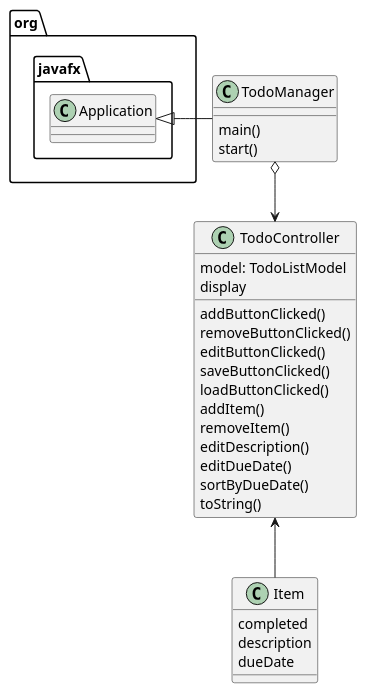
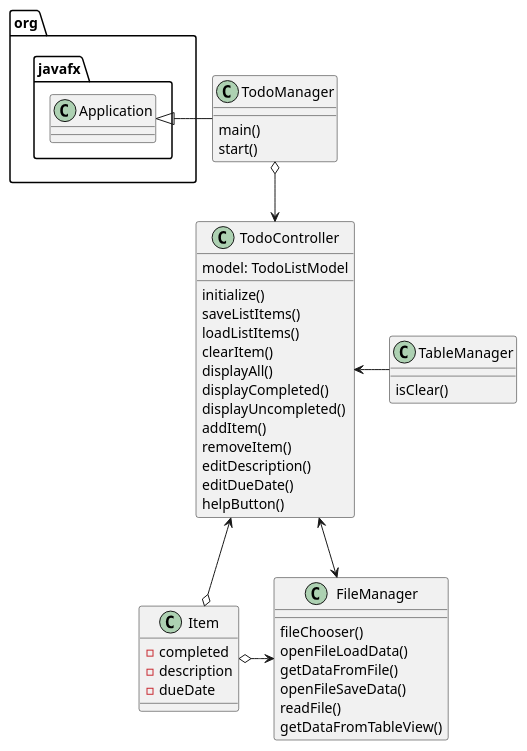
The diagram in uml/App.puml (Lino437/gonzalez-cop3330-assignment4part2), drawn with PlantUML before and after one commit. The commit also changed 8 other files, not shown here.

```diff
--- a/uml/App.puml
+++ b/uml/App.puml
@@ -1,38 +1,53 @@
 @startuml
 'https://plantuml.com/class-diagram
 
 class TodoManager {
     main()
     start()
 }
 
 class TodoController{
     model: TodoListModel
     'javafx event handlers
-    addButtonClicked()
-    removeButtonClicked()
-    editButtonClicked()
-    saveButtonClicked()
-    loadButtonClicked()
-    display
-        addItem()
-        removeItem()
-        editDescription()
-        editDueDate()
-        sortByDueDate()
-        toString()
+    initialize()
+    saveListItems()
+    loadListItems()
+    clearItem()
+    displayAll()
+    displayCompleted()
+    displayUncompleted()
+    addItem()
+    removeItem()
+    editDescription()
+    editDueDate()
+    helpButton()
+}
+
+class FileManager {
+    fileChooser()
+    openFileLoadData()
+    getDataFromFile()
+    openFileSaveData()
+    readFile()
+    getDataFromTableView()
+}
+
+class TableManager{
+    isClear()
 }
 
 class Item {
-    completed
-    description
-    dueDate
+    -completed
+    -description
+    -dueDate
 }
 
 org.javafx.Application <|- TodoManager
 TodoManager o--> TodoController
-TodoController <-- Item
-
+TodoController <--o Item
+TodoController <--> FileManager
+TodoController <- TableManager
+Item o-> FileManager
 
 
 @enduml
```
